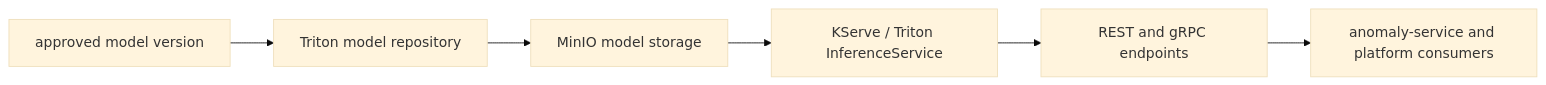
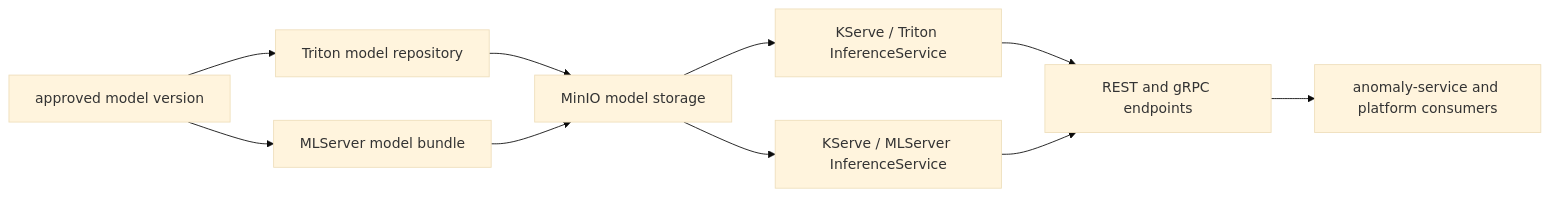
Before and after one commit to rh-telco-tigers/Autonomous-Network-Intelligence-Anomaly-Detection-with-Red-Hat-OpenShift-AI: the diagram in docs/architecture/phase-05-overview-model-serving.md, drawn with Mermaid (base theme). The commit also changed other lines of this file and 24 other files, not shown here.

````diff
--- a/docs/architecture/phase-05-overview-model-serving.md
+++ b/docs/architecture/phase-05-overview-model-serving.md
@@ -21,8 +21,12 @@
 ```mermaid
 flowchart LR
-  Registry["approved model version"] --> Repo["Triton model repository"]
-  Repo --> MinIO["MinIO model storage"]
-  MinIO --> Serve["KServe / Triton InferenceService"]
-  Serve --> API["REST and gRPC endpoints"]
+  Registry["approved model version"] --> TritonRepo["Triton model repository"]
+  Registry --> MLRepo["MLServer model bundle"]
+  TritonRepo --> MinIO["MinIO model storage"]
+  MLRepo --> MinIO
+  MinIO --> TritonServe["KServe / Triton InferenceService"]
+  MinIO --> MLServe["KServe / MLServer InferenceService"]
+  TritonServe --> API["REST and gRPC endpoints"]
+  MLServe --> API
   API --> Consumers["anomaly-service and platform consumers"]
 ```
````
